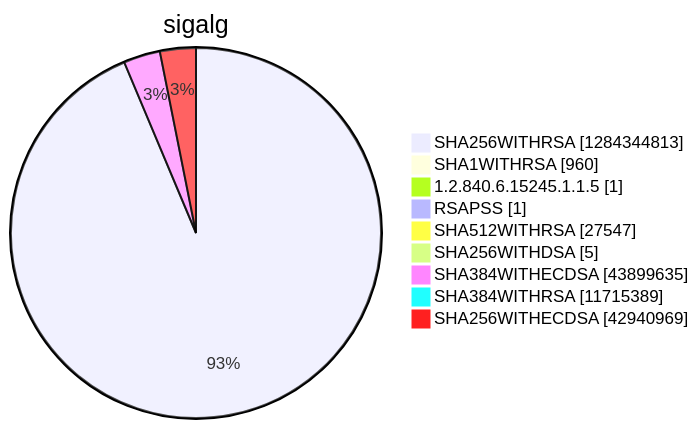
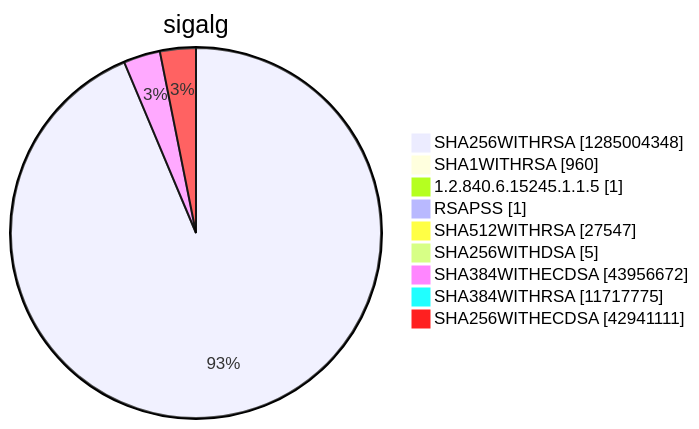
One commit to christiankrug/ctmonitor_visualization changed diagram 15 of 15 in argon2022/README.md. Above: the diagram before and after it, drawn with Mermaid. The commit also changed other lines of this file, not shown here.

````diff
--- a/argon2022/README.md
+++ b/argon2022/README.md
@@ -5523,13 +5523,13 @@
 ```mermaid
 pie showData
 title sigalg
-"SHA256WITHRSA" :1284344813
+"SHA256WITHRSA" :1285004348
 "SHA1WITHRSA" :960
 "1.2.840.6.15245.1.1.5" :1
 "RSAPSS" :1
 "SHA512WITHRSA" :27547
 "SHA256WITHDSA" :5
-"SHA384WITHECDSA" :43899635
-"SHA384WITHRSA" :11715389
-"SHA256WITHECDSA" :42940969
+"SHA384WITHECDSA" :43956672
+"SHA384WITHRSA" :11717775
+"SHA256WITHECDSA" :42941111
 ```
````
